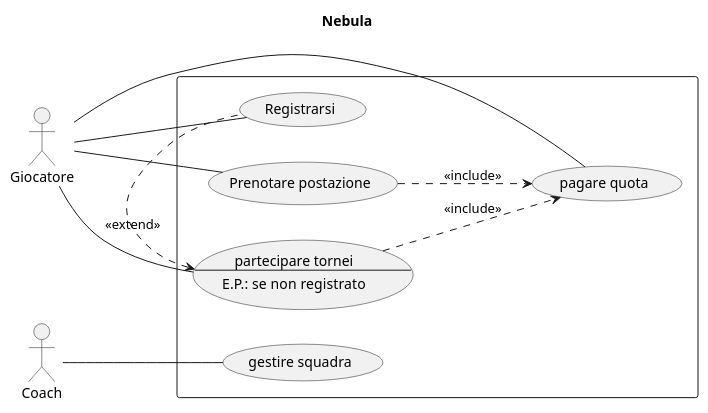
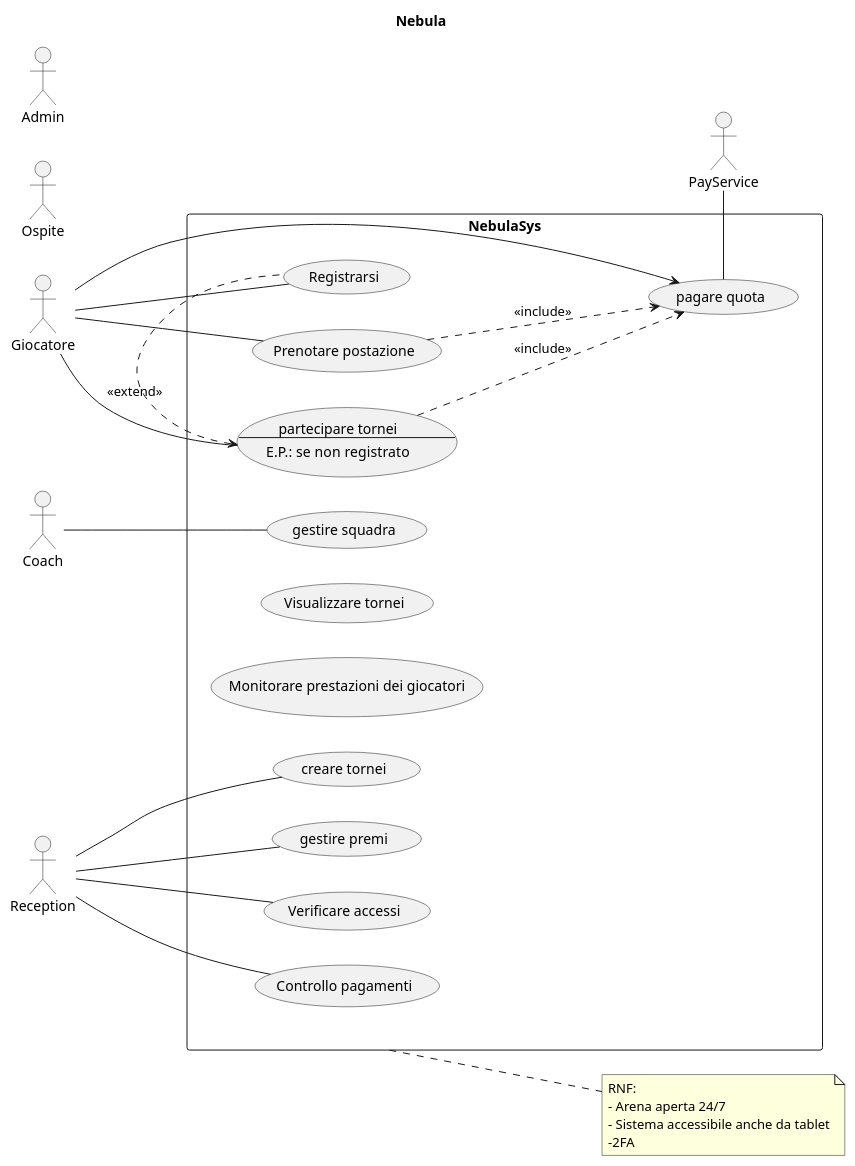
One commit to itsNikk/2526-4AI changed the diagram in src/src/UMLExercises/UCDs/Nebula.puml. Above: the diagram before and after it, drawn with PlantUML.

```diff
--- a/src/src/UMLExercises/UCDs/Nebula.puml
+++ b/src/src/UMLExercises/UCDs/Nebula.puml
@@ -1,40 +1,63 @@
 @startuml
 ''Non c'è molto controllo sul posizionamento degli elementi grafici,
 '' se non tramite la lunghezza delle frecce.
 
 
 title Nebula
 left to right direction
 
 ''g=giocvatore
 :Coach: as c
 :Giocatore: as g
-rectangle {
-(gestire squadra)
-(Registrarsi)
-(Prenotare postazione)
+:Reception: as r
+:Ospite: as o
+:PayService: as ps
+:Admin:
 
-usecase pTorn as "partecipare tornei
----
-E.P.: se non registrato
-"
+rectangle NebulaSys {
+    (gestire squadra)
+    (Registrarsi)
+    (Prenotare postazione)
 
+    usecase pTorn as "partecipare tornei
+    ---
+    E.P.: se non registrato
+    "
 
+    (Visualizzare tornei)
+    (Monitorare prestazioni dei giocatori)
+    (Verificare accessi)
+    (Controllo pagamenti)
+    (creare tornei)
+    (gestire premi)
 
-(pagare quota)
+    (pagare quota)
 }
 
 c -- (gestire squadra)
 
-g -- (pagare quota)
+g --> (pagare quota)
 g - (Prenotare postazione)
 g -- (Registrarsi)
 g -- pTorn
+
+r -- (creare tornei)
+r -- (Verificare accessi)
+r -- (Controllo pagamenti)
+r -- (gestire premi)
+
+ps - (pagare quota)
 
 pTorn ..> (pagare quota) : <<include>>
 (Prenotare postazione) ..> (pagare quota) : <<include>>
 
 pTorn <. (Registrarsi) : <<extend>>
 
+note right of NebulaSys
+    RNF:
+    - Arena aperta 24/7
+    - Sistema accessibile anche da tablet
+    -2FA
+end note
 
 @enduml
```
